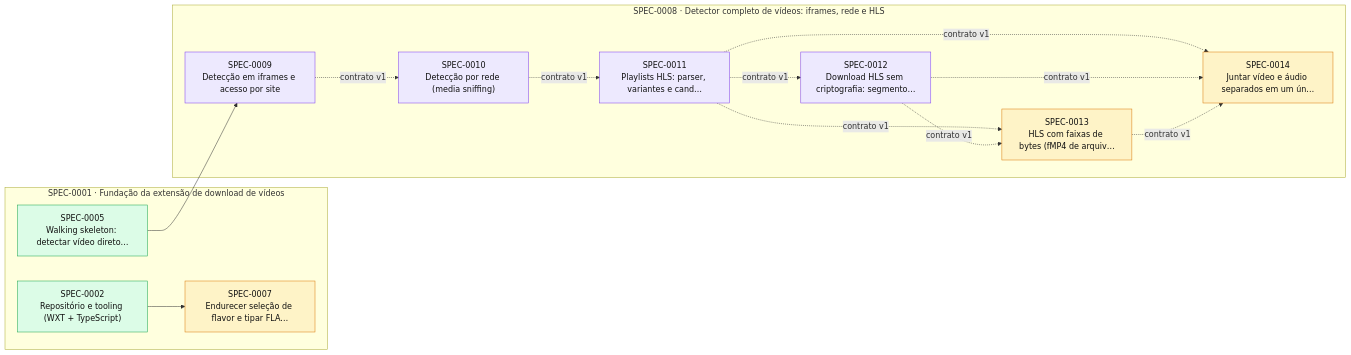
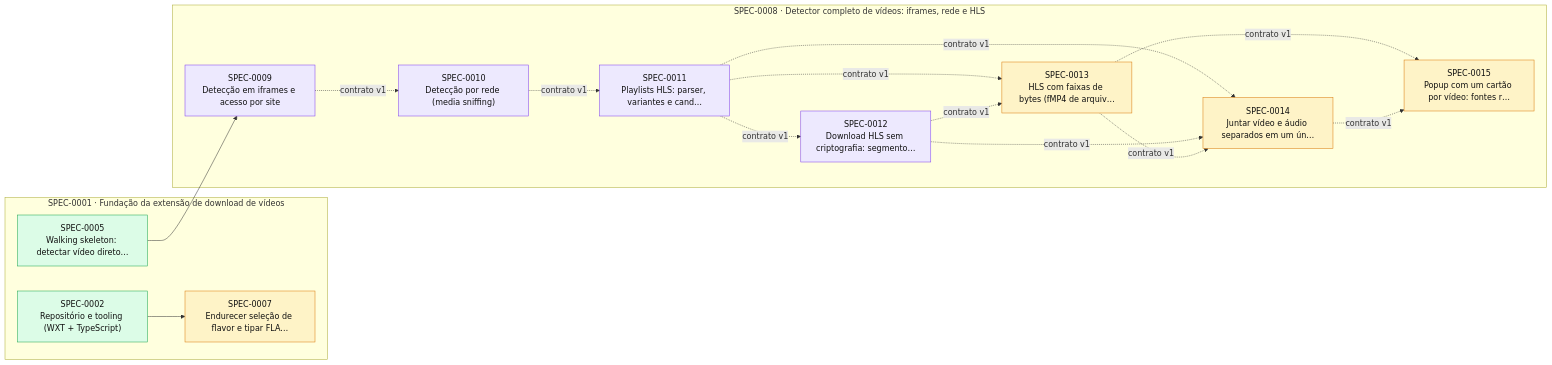
One commit to thomasravache/video-downloader changed the diagram in docs/specs/INDEX.md. Above: the diagram before and after it, drawn with Mermaid. The commit also changed other lines of this file and 4 other files, not shown here.

````diff
--- a/docs/specs/INDEX.md
+++ b/docs/specs/INDEX.md
@@ -65,31 +66,34 @@
 ```mermaid
 flowchart LR
   subgraph E0001["SPEC-0001 · Fundação da extensão de download de vídeos"]
     S0002["SPEC-0002<br/>Repositório e tooling (WXT + TypeScript)"]:::implemented
     S0005["SPEC-0005<br/>Walking skeleton: detectar vídeo direto…"]:::implemented
     S0007["SPEC-0007<br/>Endurecer seleção de flavor e tipar FLA…"]:::proposed
   end
   subgraph E0008["SPEC-0008 · Detector completo de vídeos: iframes, rede e HLS"]
     S0009["SPEC-0009<br/>Detecção em iframes e acesso por site"]:::inprogress
     S0010["SPEC-0010<br/>Detecção por rede (media sniffing)"]:::inprogress
     S0011["SPEC-0011<br/>Playlists HLS: parser, variantes e cand…"]:::inprogress
     S0012["SPEC-0012<br/>Download HLS sem criptografia: segmento…"]:::inprogress
     S0013["SPEC-0013<br/>HLS com faixas de bytes (fMP4 de arquiv…"]:::proposed
     S0014["SPEC-0014<br/>Juntar vídeo e áudio separados em um ún…"]:::proposed
+    S0015["SPEC-0015<br/>Popup com um cartão por vídeo: fontes r…"]:::proposed
   end
   S0002 --> S0007
   S0005 --> S0009
   S0009 -. contrato v1 .-> S0010
   S0010 -. contrato v1 .-> S0011
   S0011 -. contrato v1 .-> S0012
   S0011 -. contrato v1 .-> S0013
   S0012 -. contrato v1 .-> S0013
   S0011 -. contrato v1 .-> S0014
   S0012 -. contrato v1 .-> S0014
   S0013 -. contrato v1 .-> S0014
+  S0013 -. contrato v1 .-> S0015
+  S0014 -. contrato v1 .-> S0015
   classDef proposed fill:#fef3c7,stroke:#d97706,color:#111
   classDef approved fill:#dbeafe,stroke:#2563eb,color:#111
   classDef inprogress fill:#ede9fe,stroke:#7c3aed,color:#111
   classDef implemented fill:#dcfce7,stroke:#16a34a,color:#111
   classDef deprecated fill:#f3f4f6,stroke:#9ca3af,color:#6b7280
 ```
````
